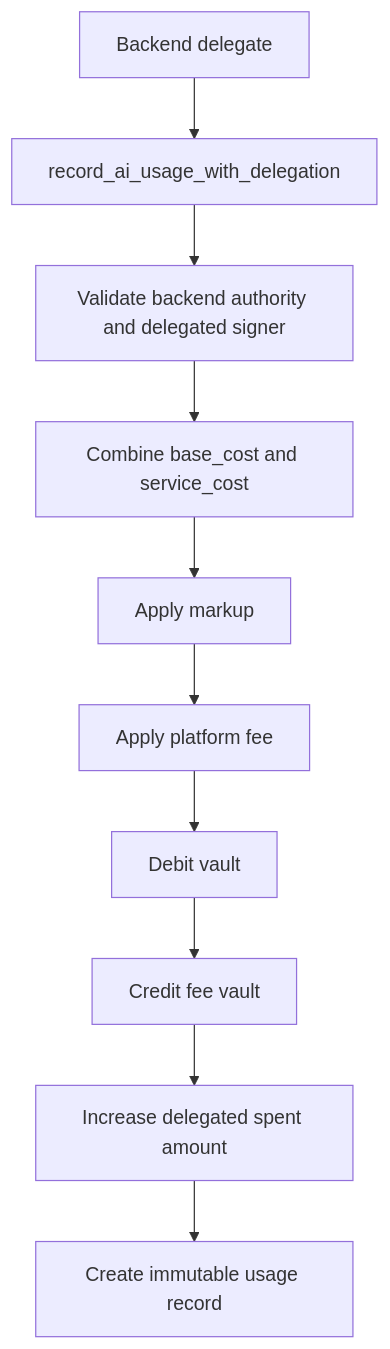
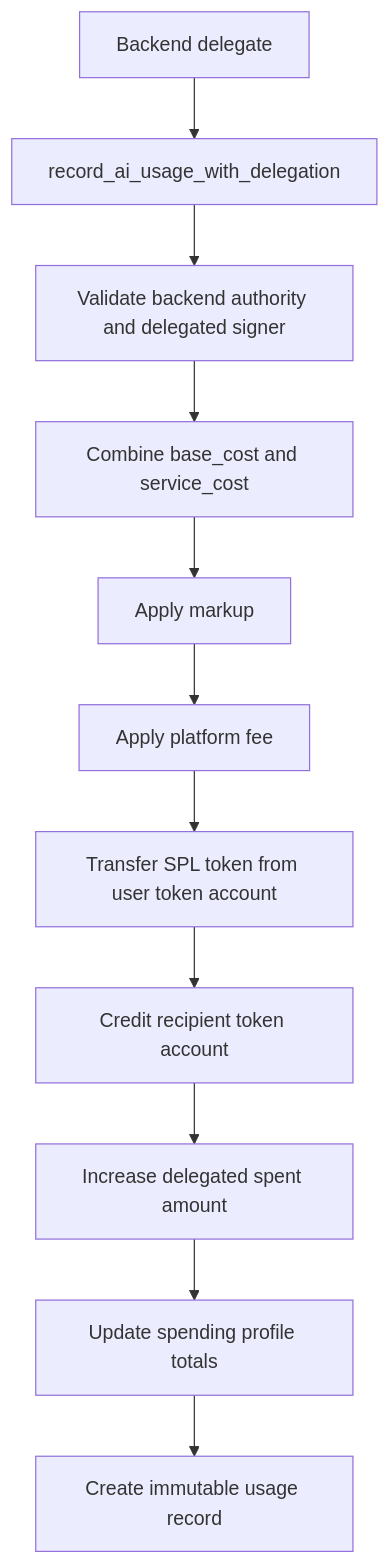
Before and after one commit to FajarArrizki/docs: the third of 3 diagrams in contract/architecture.mdx, drawn with Mermaid. The commit also changed other lines of this file and 11 other files, not shown here.

````diff
--- a/contract/architecture.mdx
+++ b/contract/architecture.mdx
@@ -94,12 +69,13 @@
 ```mermaid
 flowchart TD
     A[Backend delegate] --> B[record_ai_usage_with_delegation]
     B --> C[Validate backend authority and delegated signer]
     C --> D[Combine base_cost and service_cost]
     D --> E[Apply markup]
     E --> F[Apply platform fee]
-    F --> G[Debit vault]
-    G --> H[Credit fee vault]
+    F --> G[Transfer SPL token from user token account]
+    G --> H[Credit recipient token account]
     H --> I[Increase delegated spent amount]
-    I --> J[Create immutable usage record]
+    I --> J[Update spending profile totals]
+    J --> K[Create immutable usage record]
 ```
````
